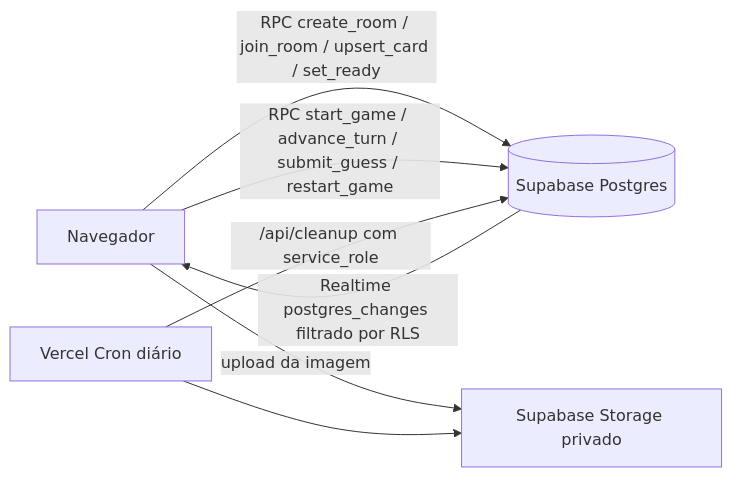
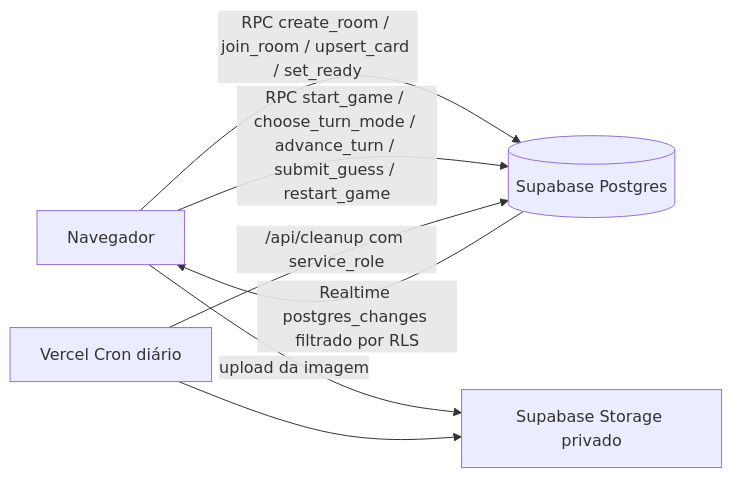
Before and after one commit to ighorrafa/quem-sou-eu: the diagram in README.md, drawn with Mermaid. The commit also changed other lines of this file and 15 other files, not shown here.

````diff
--- a/README.md
+++ b/README.md
@@ -13,9 +13,9 @@
 ```mermaid
 flowchart LR
   Browser[Navegador] -->|RPC create_room / join_room / upsert_card / set_ready| Postgres[(Supabase Postgres)]
   Browser -->|upload da imagem| Storage[Supabase Storage privado]
-  Browser -->|RPC start_game / advance_turn / submit_guess / restart_game| Postgres
+  Browser -->|RPC start_game / choose_turn_mode / advance_turn / submit_guess / restart_game| Postgres
   Postgres -->|Realtime postgres_changes filtrado por RLS| Browser
   Vercel[Vercel Cron diário] -->|/api/cleanup com service_role| Postgres
   Vercel --> Storage
 ```
````
